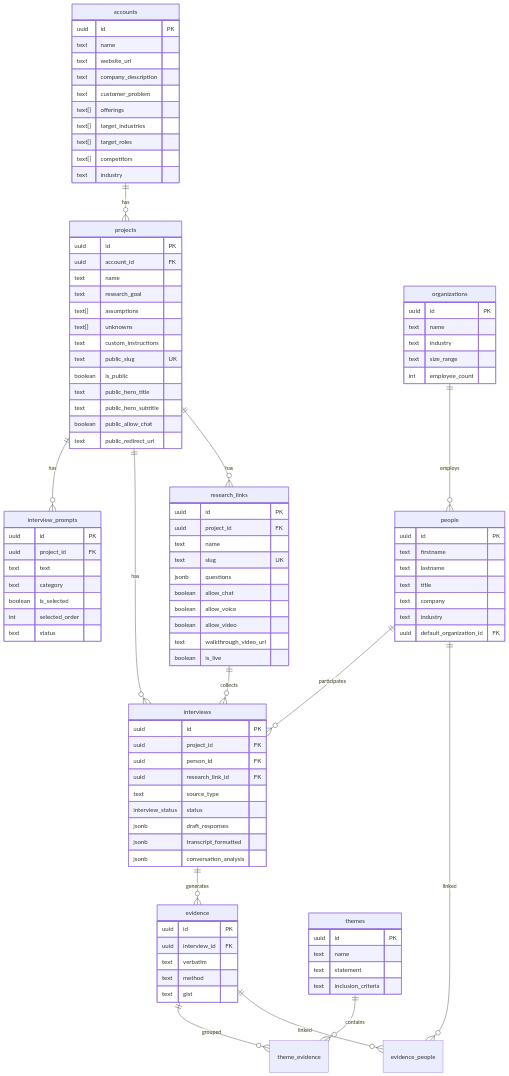
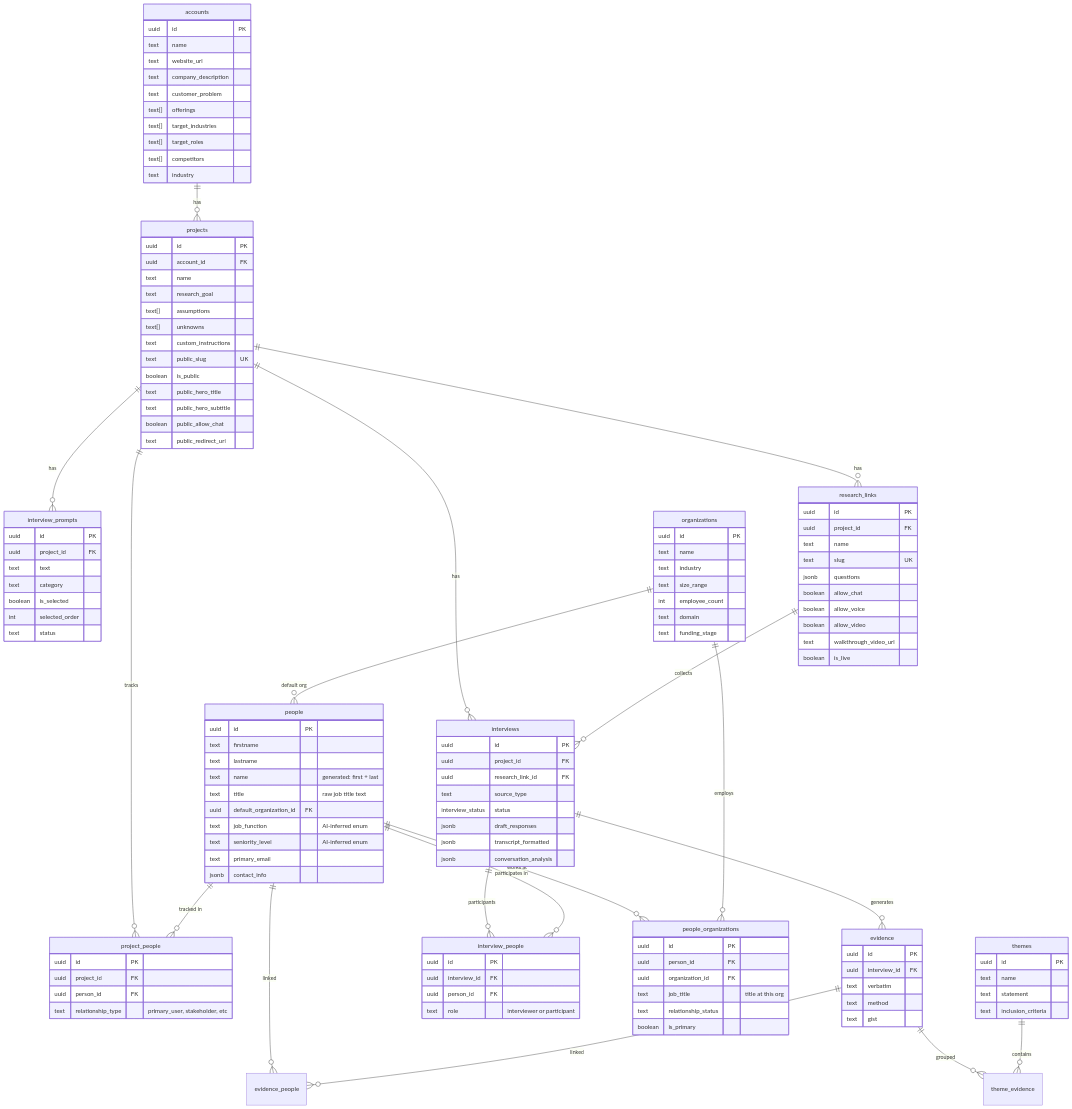
Before and after one commit to epic-hq/Insights: the second of 7 diagrams in docs/20-features-prds/features/unified-conversation-architecture.md, drawn with Mermaid. The commit also changed other lines of this file and 6 other files, not shown here.

First line of the commit message:
feat: Phase 3 — company denormalization + org-based dedup index

```diff
--- a/docs/20-features-prds/features/unified-conversation-architecture.md
+++ b/docs/20-features-prds/features/unified-conversation-architecture.md
@@ -161,6 +161,7 @@
     projects ||--o{ interview_prompts : has
     projects ||--o{ interviews : has
     projects ||--o{ research_links : has
+    projects ||--o{ project_people : tracks
     projects {
         uuid id PK
         uuid account_id FK
@@ -202,10 +203,10 @@
     }
 
     interviews ||--o{ evidence : generates
+    interviews ||--o{ interview_people : participants
     interviews {
         uuid id PK
         uuid project_id FK
-        uuid person_id FK
         uuid research_link_id FK
         text source_type
         interview_status status
@@ -214,25 +215,56 @@
         jsonb conversation_analysis
     }
 
-    people ||--o{ interviews : participates
+    people ||--o{ interview_people : "participates in"
     people ||--o{ evidence_people : linked
+    people ||--o{ people_organizations : "works at"
+    people ||--o{ project_people : "tracked in"
     people {
         uuid id PK
         text firstname
         text lastname
-        text title
-        text company
-        text industry
+        text name "generated: first + last"
+        text title "raw job title text"
         uuid default_organization_id FK
+        text job_function "AI-inferred enum"
+        text seniority_level "AI-inferred enum"
+        text primary_email
+        jsonb contact_info
     }
 
-    organizations ||--o{ people : employs
+    organizations ||--o{ people_organizations : employs
+    organizations ||--o{ people : "default org"
     organizations {
         uuid id PK
         text name
         text industry
         text size_range
         int employee_count
+        text domain
+        text funding_stage
+    }
+
+    people_organizations {
+        uuid id PK
+        uuid person_id FK
+        uuid organization_id FK
+        text job_title "title at this org"
+        text relationship_status
+        boolean is_primary
+    }
+
+    project_people {
+        uuid id PK
+        uuid project_id FK
+        uuid person_id FK
+        text relationship_type "primary_user, stakeholder, etc"
+    }
+
+    interview_people {
+        uuid id PK
+        uuid interview_id FK
+        uuid person_id FK
+        text role "interviewer or participant"
     }
 
     evidence ||--o{ theme_evidence : grouped
```
